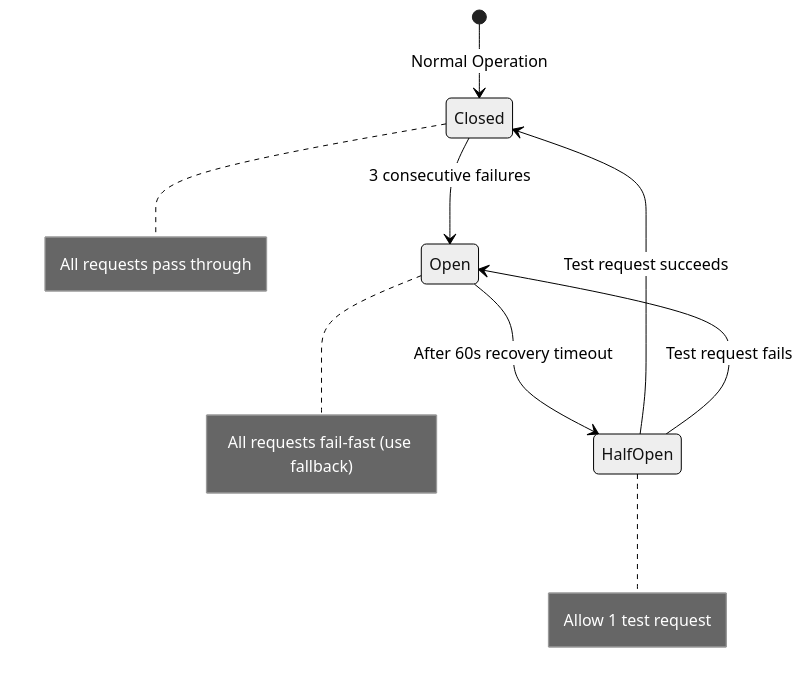
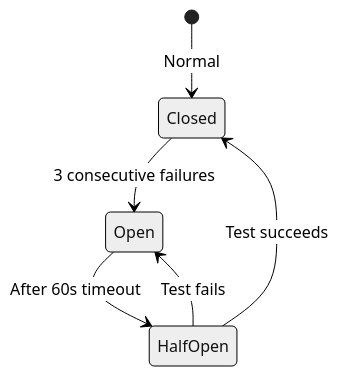
The fifth of 7 diagrams in README.md (roie9876/AI-Platform-System), drawn with Mermaid (neutral theme) before and after one commit. The commit also changed other lines of this file and 1 other file, not shown here.

Commit message:
docs: comprehensive README rewrite with full architecture documentation

````diff
--- a/README.md
+++ b/README.md
@@ -790,13 +536,8 @@
 ```mermaid
 stateDiagram-v2
-    [*] --> Closed: Normal Operation
-
+    [*] --> Closed: Normal
     Closed --> Open: 3 consecutive failures
-    Open --> HalfOpen: After 60s recovery timeout
-    HalfOpen --> Closed: Test request succeeds
-    HalfOpen --> Open: Test request fails
-
-    note right of Closed: All requests pass through
-    note right of Open: All requests fail-fast (use fallback)
-    note right of HalfOpen: Allow 1 test request
+    Open --> HalfOpen: After 60s timeout
+    HalfOpen --> Closed: Test succeeds
+    HalfOpen --> Open: Test fails
 ```
````
